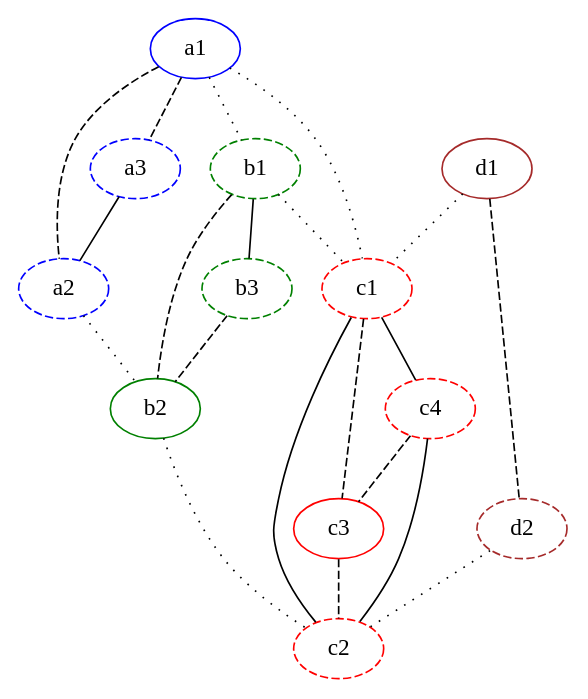
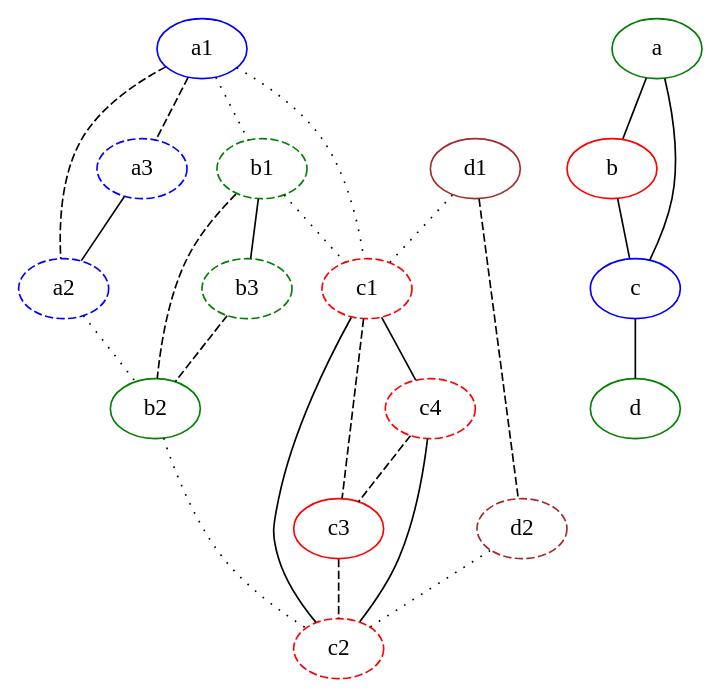
One commit to massimo-nocentini/sistemi-distribuiti-reti-calcolatori changed the diagram in MIS-coloring-reduction-with-colors.dot. Above: the diagram before and after it, drawn with Graphviz. The commit also changed 2 other files, not shown here.

```diff
--- a/MIS-coloring-reduction-with-colors.dot
+++ b/MIS-coloring-reduction-with-colors.dot
@@ -1,40 +1,51 @@
 graph G {
 
     a1 [color="blue"];
     a2 [color="blue", style="dashed"];
     a3 [color="blue", style="dashed"];
     
     b1 [color="green", style="dashed"];
     b2 [color="green"];
     b3 [color="green", style="dashed"];
 
     c1 [color="red", style="dashed"];
     c2 [color="red", style="dashed"];
     c3 [color="red"];
     c4 [color="red", style="dashed"];
 
     d1 [color="brown"];
     d2 [color="brown", style="dashed"];
 
     a3--a2;
     a1--a2 [style="dashed"];
     a1--a3 [style="dashed"];
     b3--b2 [style="dashed"];
     b1--b2 [style="dashed"];
     b1--b3;     
     c3--c2 [style="dashed"];
     c1--c2;
     c1--c3 [style="dashed"];
     c1--c4;
     c4--c2;
     c4--c3 [style="dashed"];
     d1--d2 [style="dashed"];
     a2--b2 [style="dotted"];
     a1--b1 [style="dotted"];
     a1--c1 [style="dotted"];
     b1--c1 [style="dotted"];
     b2--c2 [style="dotted"];
     d1--c1 [style="dotted"];
     d2--c2 [style="dotted"];
 
+    a [color="green"];
+    b [color="red"];
+    c [color="blue"];
+    d [color="green"];
+
+    a--b;
+    a--c;
+    b--c;
+    c--d;
+
+     
 }
```
